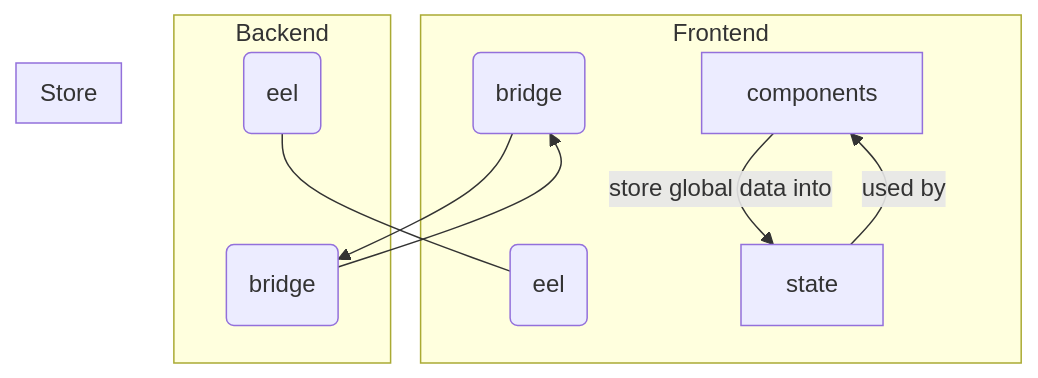
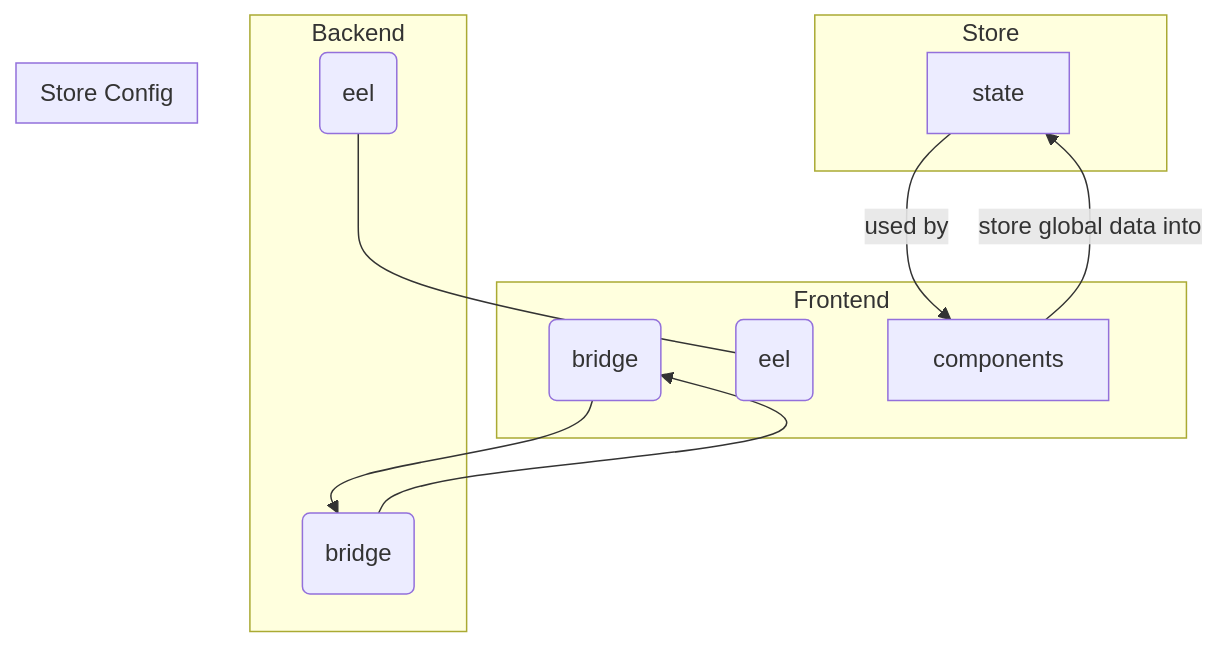
The second of 2 diagrams in pylaunch.md (inflamously/pylaunch), drawn with Mermaid before and after one commit.

Commit message:
fix(other): mermaid graph issue.

`````diff
--- a/pylaunch.md
+++ b/pylaunch.md
@@ -34,21 +34,26 @@
 ````mermaid
 graph TD
 	bf --> bb --> bf
 	eb --- ef
+	state -- used by --> components
+	components -- store global data into --> state
 	
 	subgraph Frontend
 		ef("eel")
 		bf("bridge")
-		components -- store global data into --> state
-		state -- used by --> components
+		components
 	end
 
 	subgraph Backend
 		eb("eel")
 		bb("bridge")
 	end
 	
 	subgraph Store
 		state
 	end
+	
+	subgraph StoreConfig [Store Config]
+		
+	end
 ````
`````
